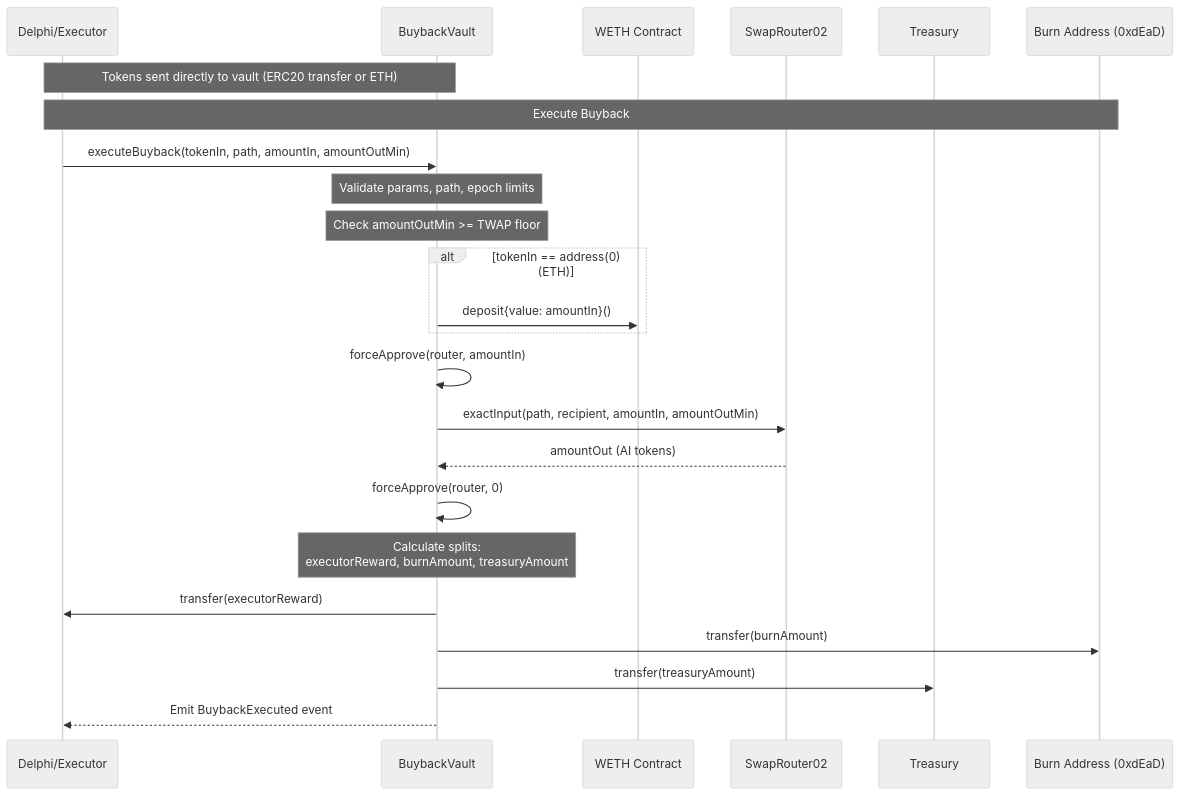
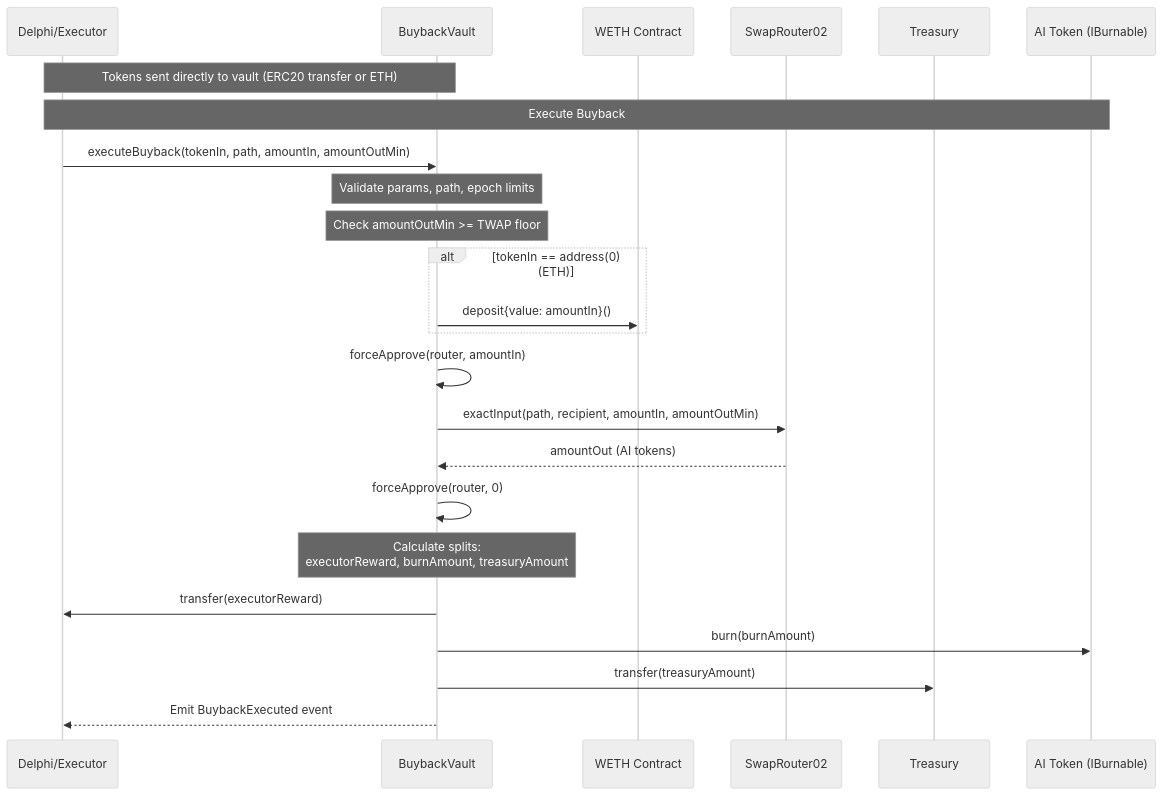
The first of 6 diagrams in docs/DESIGN.md (gensyn-network/gensyn-buyback), drawn with Mermaid (neutral theme) before and after one commit. The commit also changed other lines of this file and 1 other file, not shown here.

````diff
--- a/docs/DESIGN.md
+++ b/docs/DESIGN.md
@@ -9,32 +9,32 @@
 ```mermaid
 sequenceDiagram
     participant User as Delphi/Executor
     participant Vault as BuybackVault
     participant WETH as WETH Contract
     participant Router as SwapRouter02
     participant Treasury
-    participant Burn as Burn Address (0xdEaD)
+    participant AiToken as AI Token (IBurnable)
 
     Note over User,Vault: Tokens sent directly to vault (ERC20 transfer or ETH)
 
-    Note over User,Burn: Execute Buyback
+    Note over User,AiToken: Execute Buyback
     User->>Vault: executeBuyback(tokenIn, path, amountIn, amountOutMin)
-    
+
     Note over Vault: Validate params, path, epoch limits
     Note over Vault: Check amountOutMin >= TWAP floor
-    
+
     alt tokenIn == address(0) (ETH)
         Vault->>WETH: deposit{value: amountIn}()
     end
     Vault->>Vault: forceApprove(router, amountIn)
     Vault->>Router: exactInput(path, recipient, amountIn, amountOutMin)
     Router-->>Vault: amountOut (AI tokens)
     Vault->>Vault: forceApprove(router, 0)
-    
+
     Note over Vault: Calculate splits:<br/>executorReward, burnAmount, treasuryAmount
-    
+
     Vault->>User: transfer(executorReward)
-    Vault->>Burn: transfer(burnAmount)
+    Vault->>AiToken: burn(burnAmount)
     Vault->>Treasury: transfer(treasuryAmount)
     Vault-->>User: Emit BuybackExecuted event
 ```
````
